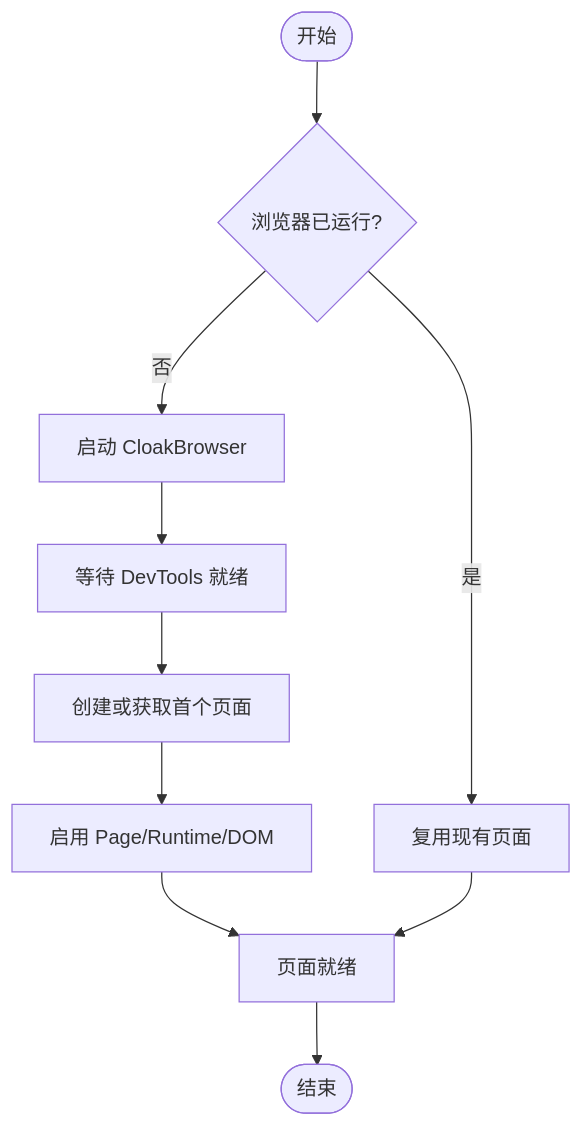
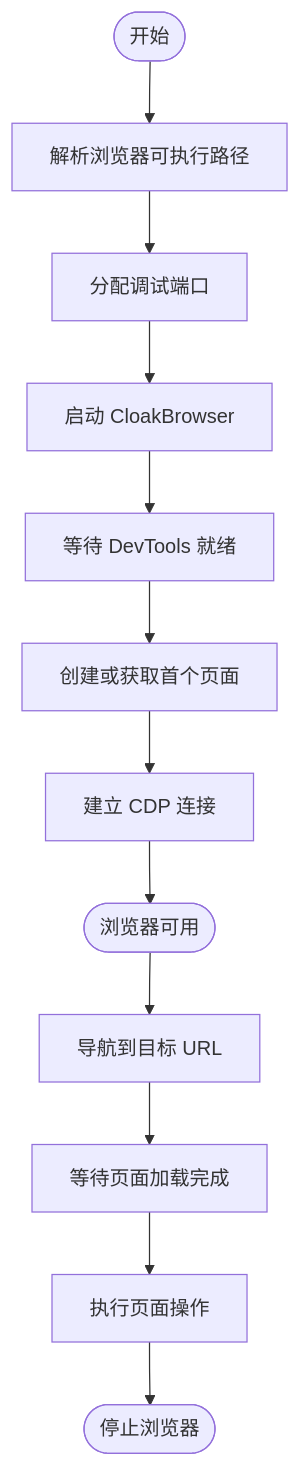
The fourth of 11 diagrams in .qoder/repowiki/zh/content/本地执行器/浏览器自动化/浏览器控制器/浏览器控制器.md (alvinwangzi/goodhr), drawn with Mermaid before and after one commit. The commit also changed other lines of this file and 149 other files, not shown here.

````diff
--- a/.qoder/repowiki/zh/content/本地执行器/浏览器自动化/浏览器控制器/浏览器控制器.md
+++ b/.qoder/repowiki/zh/content/本地执行器/浏览器自动化/浏览器控制器/浏览器控制器.md
@@ -196,12 +198,14 @@
 ```mermaid
 flowchart TD
-Start(["开始"]) --> CheckRunning{"浏览器已运行?"}
-CheckRunning --> |是| UseExisting["复用现有页面"]
-CheckRunning --> |否| StartBrowser["启动 CloakBrowser"]
-StartBrowser --> WaitDevTools["等待 DevTools 就绪"]
-WaitDevTools --> CreatePage["创建或获取首个页面"]
-CreatePage --> EnableCDP["启用 Page/Runtime/DOM"]
-EnableCDP --> Ready["页面就绪"]
-UseExisting --> Ready
-Ready --> End(["结束"])
+Start(["开始"]) --> Resolve["解析浏览器可执行路径"]
+Resolve --> Port["分配调试端口"]
+Port --> Launch["启动 CloakBrowser"]
+Launch --> WaitDevtools["等待 DevTools 就绪"]
+WaitDevtools --> CreatePage["创建或获取首个页面"]
+CreatePage --> DialCDP["建立 CDP 连接"]
+DialCDP --> Ready(["浏览器可用"])
+Ready --> Navigate["导航到目标 URL"]
+Navigate --> WaitLoad["等待页面加载完成"]
+WaitLoad --> Operate["执行页面操作"]
+Operate --> Stop(["停止浏览器"])
 ```
````
